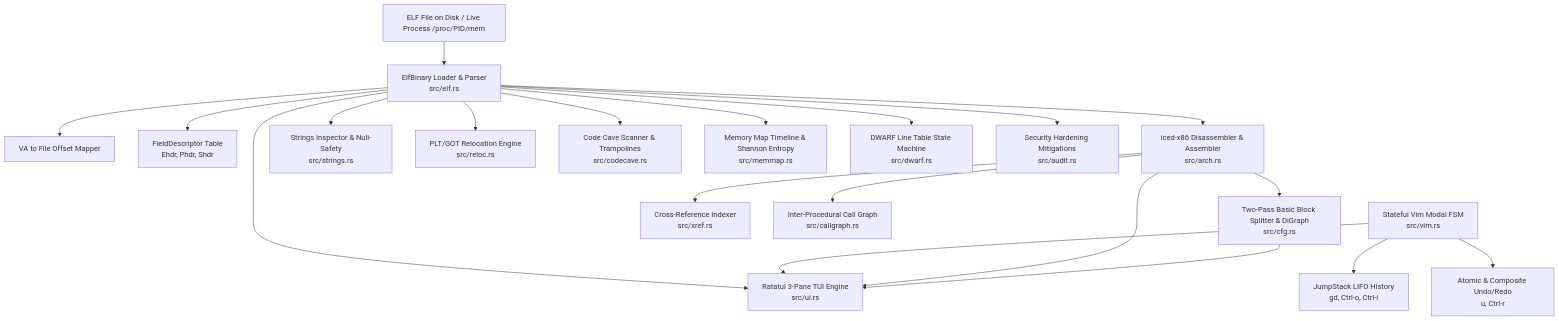
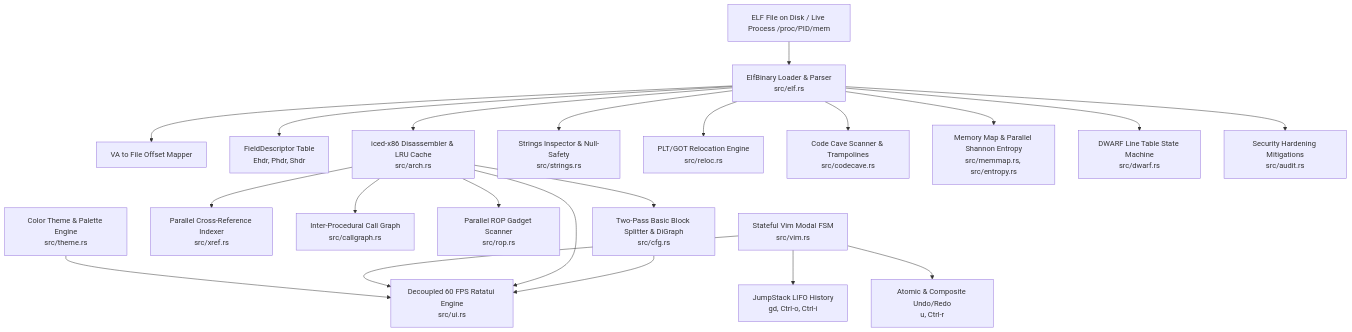
Before and after one commit to hvsrathore/velf: the diagram in README.md, drawn with Mermaid. The commit also changed other lines of this file and 11 other files, not shown here.

Commit message:
Optimize TUI performance, parallelize engines with Rayon, and add theme engine

````diff
--- a/README.md
+++ b/README.md
@@ -47,26 +54,27 @@
 ```mermaid
 flowchart TD
     Binary[ELF File on Disk / Live Process /proc/PID/mem] --> Loader[ElfBinary Loader & Parser\nsrc/elf.rs]
     Loader --> Mapper[VA to File Offset Mapper]
     Loader --> StructTable[FieldDescriptor Table\nEhdr, Phdr, Shdr]
     
-    Loader --> Arch[iced-x86 Disassembler & Assembler\nsrc/arch.rs]
+    Loader --> Arch[iced-x86 Disassembler & LRU Cache\nsrc/arch.rs]
     Arch --> CFG[Two-Pass Basic Block Splitter & DiGraph\nsrc/cfg.rs]
-    Arch --> XREF[Cross-Reference Indexer\nsrc/xref.rs]
+    Arch --> XREF[Parallel Cross-Reference Indexer\nsrc/xref.rs]
     Arch --> CallGraph[Inter-Procedural Call Graph\nsrc/callgraph.rs]
+    Arch --> ROP[Parallel ROP Gadget Scanner\nsrc/rop.rs]
     
     Loader --> Strings[Strings Inspector & Null-Safety\nsrc/strings.rs]
     Loader --> Reloc[PLT/GOT Relocation Engine\nsrc/reloc.rs]
     Loader --> Caves[Code Cave Scanner & Trampolines\nsrc/codecave.rs]
-    Loader --> MemMap[Memory Map Timeline & Shannon Entropy\nsrc/memmap.rs]
+    Loader --> MemMap[Memory Map & Parallel Shannon Entropy\nsrc/memmap.rs, src/entropy.rs]
     Loader --> DWARF[DWARF Line Table State Machine\nsrc/dwarf.rs]
     Loader --> Audit[Security Hardening Mitigations\nsrc/audit.rs]
     
     Vim[Stateful Vim Modal FSM\nsrc/vim.rs] --> JumpStack[JumpStack LIFO History\ngd, Ctrl-o, Ctrl-i]
     Vim --> UndoStack[Atomic & Composite Undo/Redo\nu, Ctrl-r]
     
-    Loader --> TUI[Ratatui 3-Pane TUI Engine\nsrc/ui.rs]
+    ThemeEngine[Color Theme & Palette Engine\nsrc/theme.rs] --> TUI[Decoupled 60 FPS Ratatui Engine\nsrc/ui.rs]
     Vim --> TUI
     Arch --> TUI
     CFG --> TUI
 ```
````
